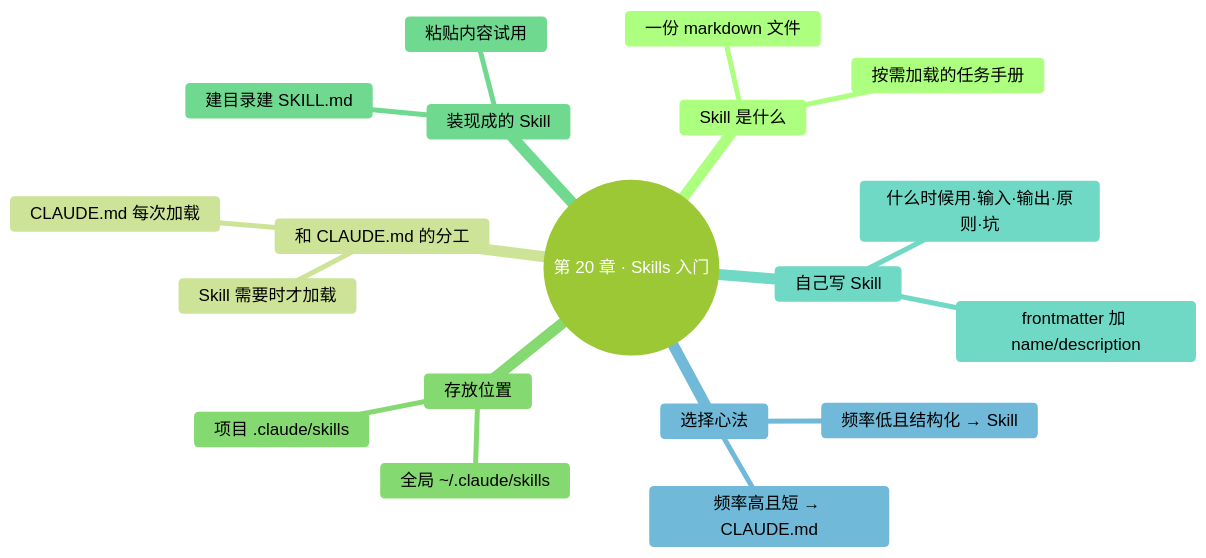
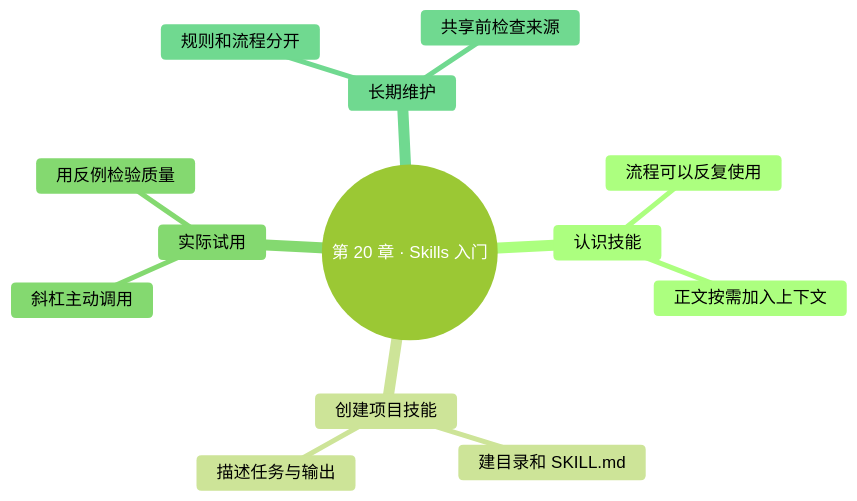
One commit to mali9527/claude-code-full-guide-for-beginners changed the diagram in manuscript/part5-扩展能力/20-Skills入门.md. Above: the diagram before and after it, drawn with Mermaid. The commit also changed other lines of this file and 130 other files, not shown here.

````diff
--- a/manuscript/part5-扩展能力/20-Skills入门.md
+++ b/manuscript/part5-扩展能力/20-Skills入门.md
@@ -20,30 +22,24 @@
 ```mermaid
 ---
 config:
   theme: forest
   themeVariables:
     fontFamily: "-apple-system, 'SF Pro Text', 'PingFang SC', 'Helvetica Neue', sans-serif"
     fontSize: "17px"
     lineColor: "#D9D9D9"
 ---
 mindmap
   root((第 20 章 · Skills 入门))
-    Skill 是什么
-      按需加载的任务手册
-      一份 markdown 文件
-    和 CLAUDE.md 的分工
-      CLAUDE.md 每次加载
-      Skill 需要时才加载
-    存放位置
-      全局 ~/.claude/skills
-      项目 .claude/skills
-    装现成的 Skill
-      建目录建 SKILL.md
-      粘贴内容试用
-    自己写 Skill
-      frontmatter 加 name/description
-      什么时候用·输入·输出·原则·坑
-    选择心法
-      频率高且短 → CLAUDE.md
-      频率低且结构化 → Skill
+    认识技能
+      流程可以反复使用
+      正文按需加入上下文
+    创建项目技能
+      建目录和 SKILL.md
+      描述任务与输出
+    实际试用
+      斜杠主动调用
+      用反例检验质量
+    长期维护
+      规则和流程分开
+      共享前检查来源
 ```
````
